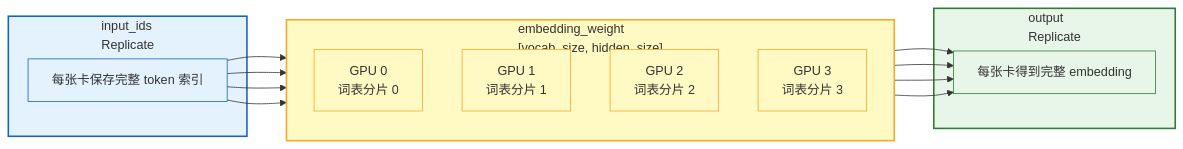
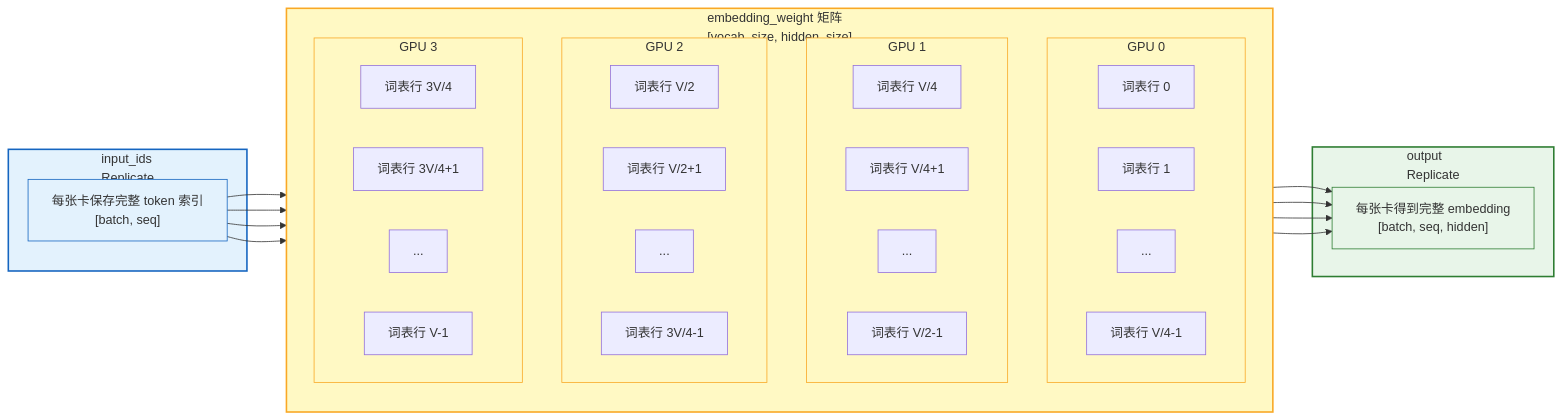
Before and after one commit to jianzhnie/ScaleTorch: the fourth of 18 diagrams in docs/fsdp2_tp_tutorial.md, drawn with Mermaid. The commit also changed other lines of this file, not shown here.

````diff
--- a/docs/fsdp2_tp_tutorial.md
+++ b/docs/fsdp2_tp_tutorial.md
@@ -254,37 +256,57 @@
 ```mermaid
 flowchart LR
-    subgraph Weight["embedding_weight\n[vocab_size, hidden_size]"]
+    subgraph Weight["embedding_weight 矩阵\n[vocab_size, hidden_size]"]
         direction TB
-        W0["GPU 0\n词表分片 0"]
-        W1["GPU 1\n词表分片 1"]
-        W2["GPU 2\n词表分片 2"]
-        W3["GPU 3\n词表分片 3"]
+        subgraph W0["GPU 0"]
+            W00["词表行 0"]
+            W01["词表行 1"]
+            W02["..."]
+            W03["词表行 V/4-1"]
+        end
+        subgraph W1["GPU 1"]
+            W10["词表行 V/4"]
+            W11["词表行 V/4+1"]
+            W12["..."]
+            W13["词表行 V/2-1"]
+        end
+        subgraph W2["GPU 2"]
+            W20["词表行 V/2"]
+            W21["词表行 V/2+1"]
+            W22["..."]
+            W23["词表行 3V/4-1"]
+        end
+        subgraph W3["GPU 3"]
+            W30["词表行 3V/4"]
+            W31["词表行 3V/4+1"]
+            W32["..."]
+            W33["词表行 V-1"]
+        end
     end
 
     subgraph Input["input_ids\nReplicate"]
-        I["每张卡保存完整 token 索引"]
+        I["每张卡保存完整 token 索引\n[batch, seq]"]
     end
 
     subgraph Output["output\nReplicate"]
-        O["每张卡得到完整 embedding"]
+        O["每张卡得到完整 embedding\n[batch, seq, hidden]"]
     end
 
     I --> W0
     I --> W1
     I --> W2
     I --> W3
     W0 --> O
     W1 --> O
     W2 --> O
     W3 --> O
 
     style Weight fill:#fff9c4,stroke:#f9a825,stroke-width:2px
-    style Input fill:#e3f2fd,stroke:#1565c0,stroke-width:2px
-    style Output fill:#e8f5e9,stroke:#2e7d32,stroke-width:2px
     style W0 fill:#fff9c4,stroke:#f9a825
     style W1 fill:#fff9c4,stroke:#f9a825
     style W2 fill:#fff9c4,stroke:#f9a825
     style W3 fill:#fff9c4,stroke:#f9a825
+    style Input fill:#e3f2fd,stroke:#1565c0,stroke-width:2px
+    style Output fill:#e8f5e9,stroke:#2e7d32,stroke-width:2px
     style I fill:#e3f2fd,stroke:#1565c0
     style O fill:#e8f5e9,stroke:#2e7d32
 ```
````
